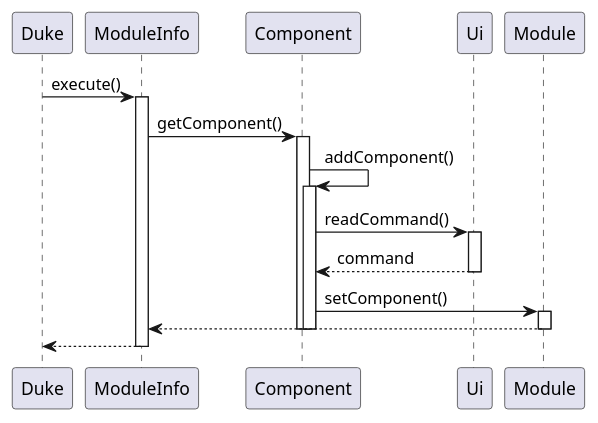
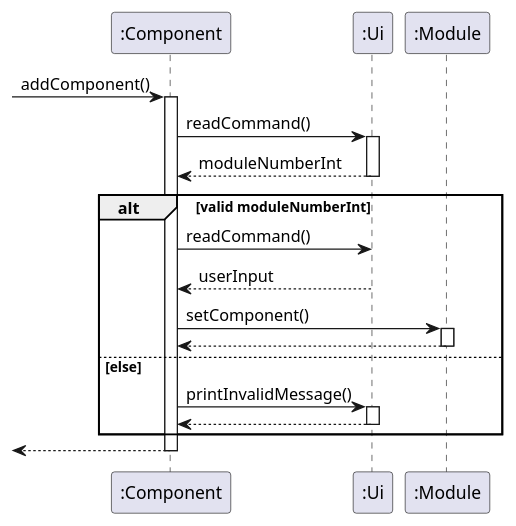
One commit to nus-cs2113-AY2021S2/tp changed the diagram in docs/diagrams/moduleInfo/addComponent.puml. Above: the diagram before and after it, drawn with PlantUML. The commit also changed 6 other files, not shown here.

Commit message:
fix DG info and diagrams.

```diff
--- a/docs/diagrams/moduleInfo/addComponent.puml
+++ b/docs/diagrams/moduleInfo/addComponent.puml
@@ -1,22 +1,25 @@
 @startuml
-participant Duke
-Duke -> ModuleInfo : execute()
-activate ModuleInfo
-ModuleInfo -> Component : getComponent()
-activate Component
-Component -> Component : addComponent()
-activate Component
-Component -> Ui : readCommand()
-activate Ui
-Ui --> Component : command
-deactivate Ui
+-> ":Component" : addComponent()
+activate ":Component"
 
-Component -> Module : setComponent()
-activate Module
-Module --> ModuleInfo
-deactivate Module
-deactivate Component
-deactivate Component
 
+":Component" -> ":Ui" : readCommand()
+activate ":Ui"
+":Ui" --> ":Component" : moduleNumberInt
+deactivate ":Ui"
+
+alt valid moduleNumberInt
+":Component" -> ":Ui" : readCommand()
+":Ui" --> ":Component" : userInput
+":Component" -> ":Module" : setComponent()
+
+activate ":Module"
+return
+
+else else
+":Component" -> ":Ui" : printInvalidMessage()
+activate ":Ui"
+return
+end
 return
 @enduml
```
